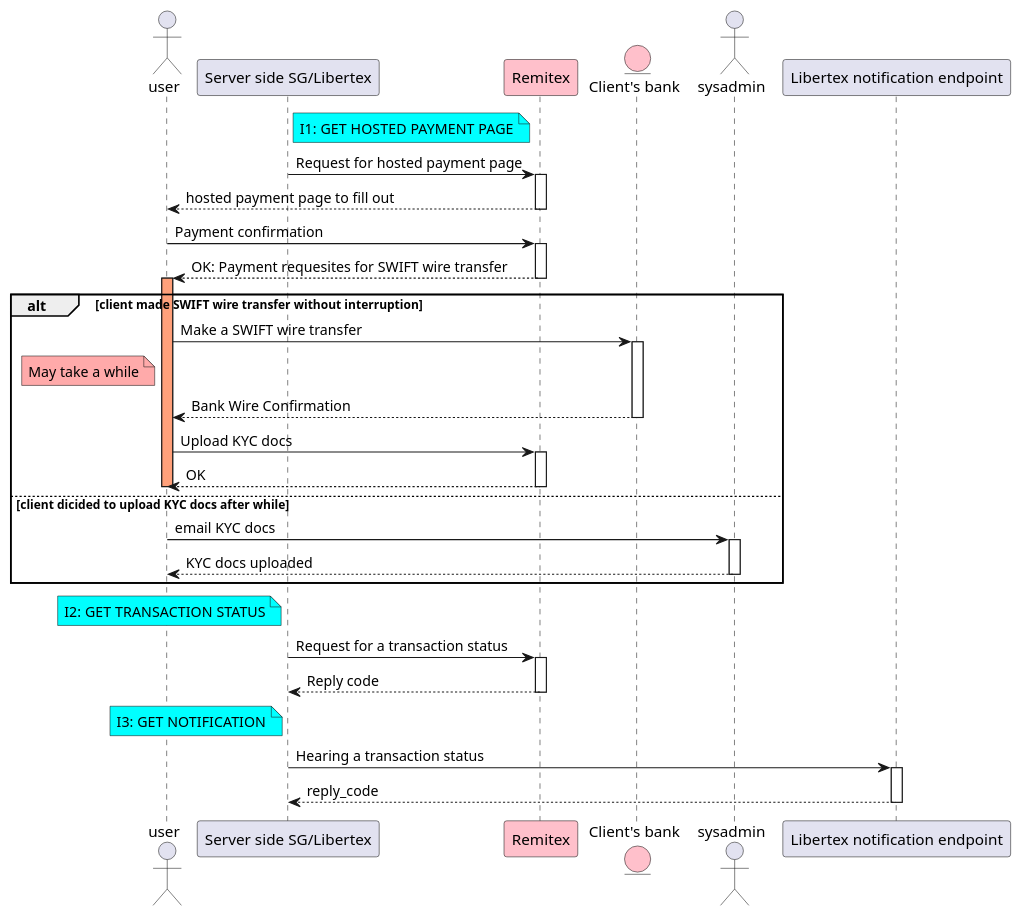
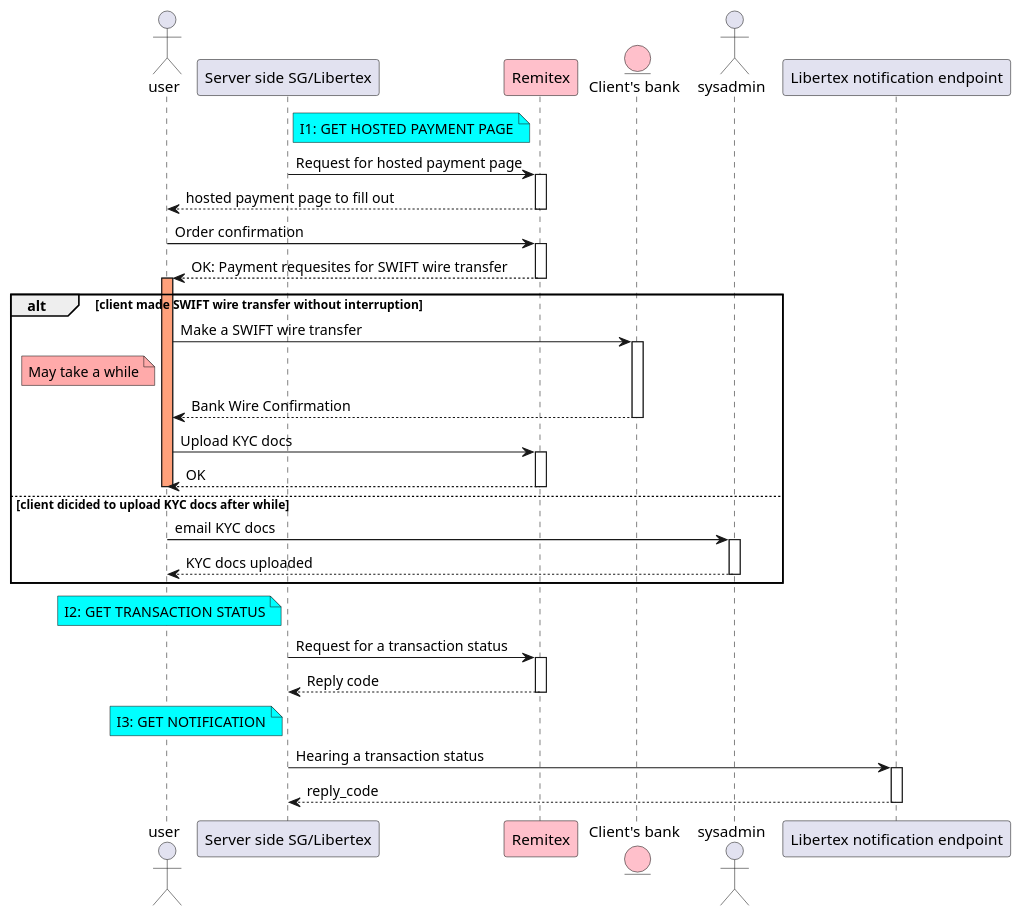
Before and after one commit to milovdg/UMLPractice: the diagram in UML practice/docs/diagrams/src/OMEGA-55 Remitex/instantFlow.wsd, drawn with PlantUML. The commit also changed 3 other files, not shown here.

```diff
--- a/UML practice/docs/diagrams/src/OMEGA-55 Remitex/instantFlow.wsd
+++ b/UML practice/docs/diagrams/src/OMEGA-55 Remitex/instantFlow.wsd
@@ -1,41 +1,41 @@
-@startuml First practice
+@startuml Remitex
 
 actor user
 participant "Server side SG/Libertex"
 participant Remitex #pink
 entity "Client's bank" #pink
 actor sysadmin
 participant "Libertex notification endpoint"
 
 
 note right of "Server side SG/Libertex" #Aqua: I1: GET HOSTED PAYMENT PAGE
 "Server side SG/Libertex" -> Remitex ++: Request for hosted payment page
 
 Remitex --> user --: hosted payment page to fill out
 
-user -> Remitex ++: Payment confirmation 
+user -> Remitex ++: Order confirmation 
 Remitex --> user --: OK: Payment requesites for SWIFT wire transfer
 
 activate user #LightSalmon
 
 alt client made SWIFT wire transfer without interruption
     user -> "Client's bank" ++: Make a SWIFT wire transfer
     note left of user #FFAAAA: May take a while
     "Client's bank" --> user --: Bank Wire Confirmation
     user -> Remitex ++: Upload KYC docs
     Remitex --> user --: OK
     deactivate user
 else client dicided to upload KYC docs after while
     user -> sysadmin ++: email KYC docs
     sysadmin --> user --: KYC docs uploaded
 end
 
 note left of "Server side SG/Libertex" #Aqua: I2: GET TRANSACTION STATUS
 "Server side SG/Libertex" -> Remitex ++: Request for a transaction status
 Remitex --> "Server side SG/Libertex" --: Reply code
 
 note left of "Server side SG/Libertex" #Aqua: I3: GET NOTIFICATION
 "Server side SG/Libertex" -> "Libertex notification endpoint" ++: Hearing a transaction status
 "Libertex notification endpoint" --> "Server side SG/Libertex" --: reply_code
 
 @enduml
```
